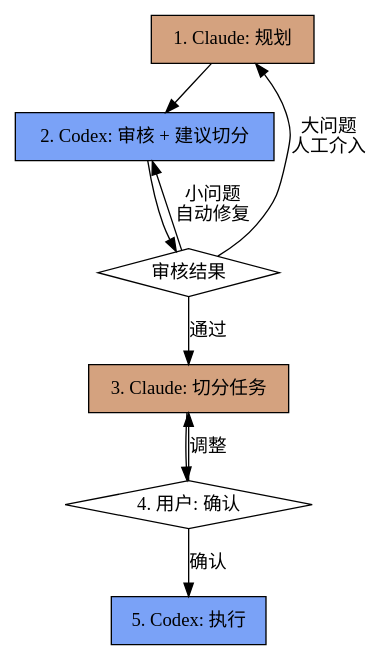
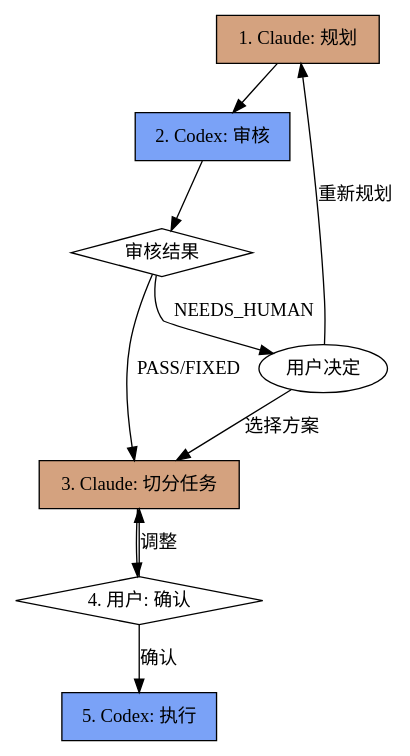
Before and after one commit to potatokillar/duet: the diagram in skills/duet/SKILL.md, drawn with Graphviz. The commit also changed other lines of this file, not shown here.

````diff
--- a/skills/duet/SKILL.md
+++ b/skills/duet/SKILL.md
@@ -34,21 +34,22 @@
 ```dot
 digraph duet_workflow {
     rankdir=TB;
 
     "1. Claude: 规划" [shape=box style=filled fillcolor="#D4A27F"];
-    "2. Codex: 审核 + 建议切分" [shape=box style=filled fillcolor="#7AA2F7"];
+    "2. Codex: 审核" [shape=box style=filled fillcolor="#7AA2F7"];
     "审核结果" [shape=diamond];
     "3. Claude: 切分任务" [shape=box style=filled fillcolor="#D4A27F"];
     "4. 用户: 确认" [shape=diamond];
     "5. Codex: 执行" [shape=box style=filled fillcolor="#7AA2F7"];
 
-    "1. Claude: 规划" -> "2. Codex: 审核 + 建议切分";
-    "2. Codex: 审核 + 建议切分" -> "审核结果";
-    "审核结果" -> "3. Claude: 切分任务" [label="通过"];
-    "审核结果" -> "1. Claude: 规划" [label="大问题\n人工介入"];
-    "审核结果" -> "2. Codex: 审核 + 建议切分" [label="小问题\n自动修复"];
+    "1. Claude: 规划" -> "2. Codex: 审核";
+    "2. Codex: 审核" -> "审核结果";
+    "审核结果" -> "3. Claude: 切分任务" [label="PASS/FIXED"];
+    "审核结果" -> "用户决定" [label="NEEDS_HUMAN"];
+    "用户决定" -> "1. Claude: 规划" [label="重新规划"];
+    "用户决定" -> "3. Claude: 切分任务" [label="选择方案"];
     "3. Claude: 切分任务" -> "4. 用户: 确认";
     "4. 用户: 确认" -> "5. Codex: 执行" [label="确认"];
     "4. 用户: 确认" -> "3. Claude: 切分任务" [label="调整"];
 }
 ```
````
